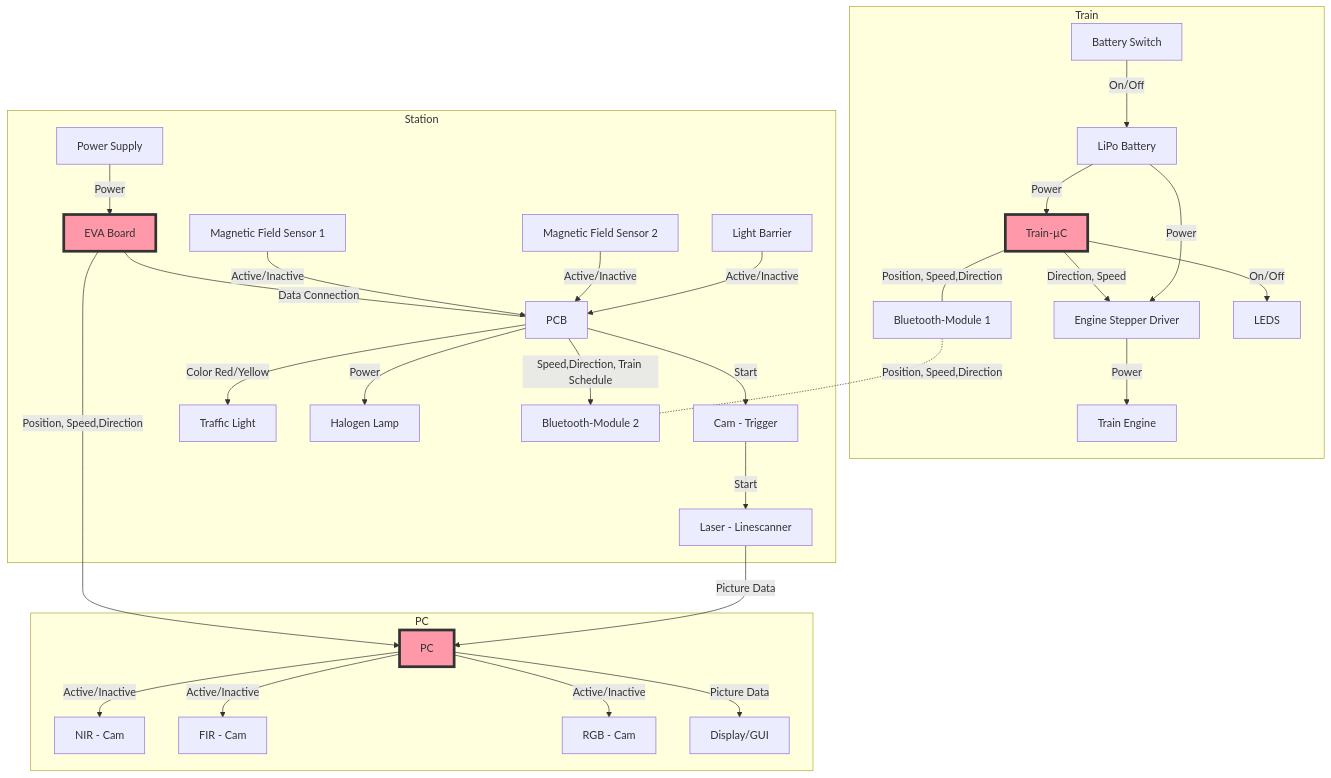
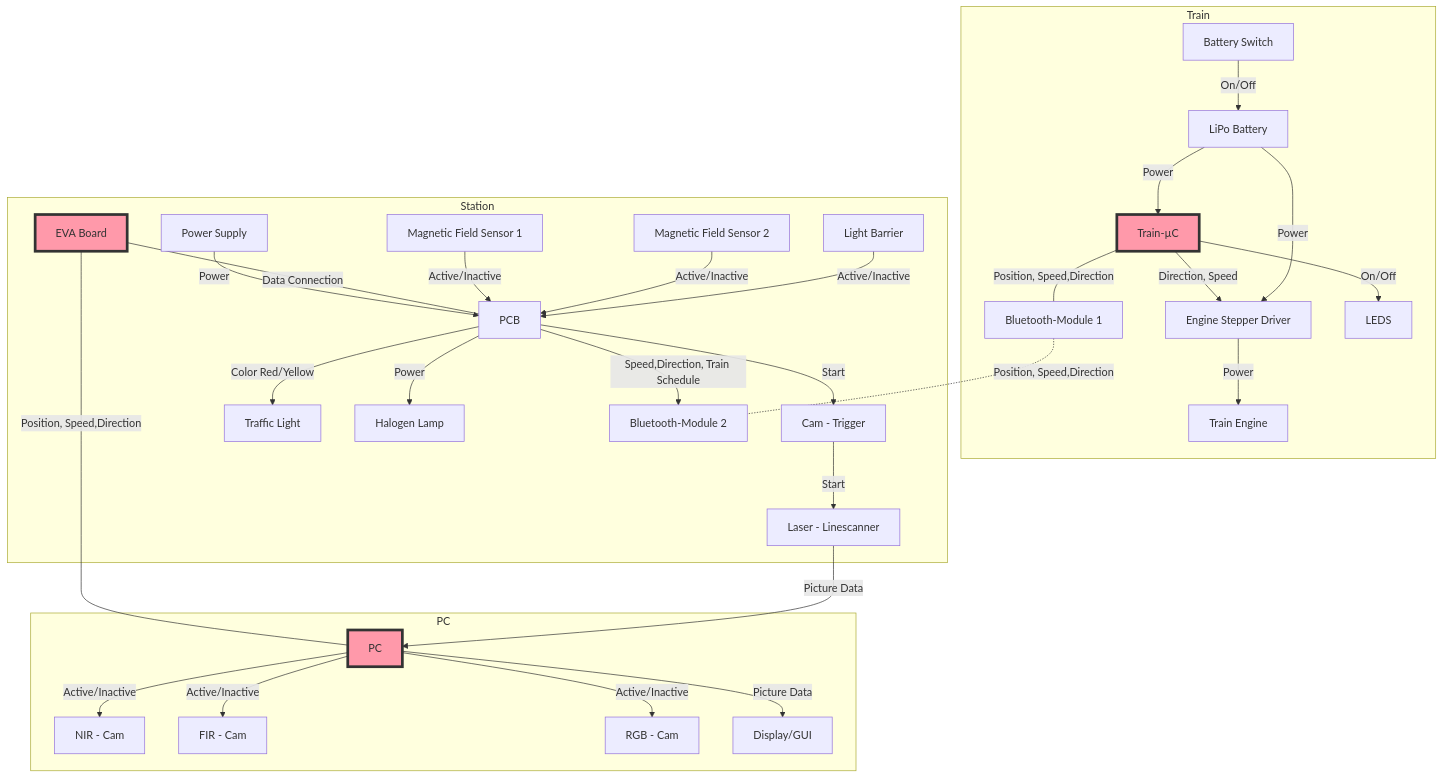
Before and after one commit to ahmadasmandar/test-doc: the diagram in Hardware Documentation/README.md, drawn with Mermaid. The commit also changed other lines of this file and 1 other file, not shown here.

Commit message:
Added some Info regarding Power Supply

````diff
--- a/Hardware Documentation/README.md
+++ b/Hardware Documentation/README.md
@@ -12,42 +12,42 @@
 ```mermaid
 
 graph TB
 
 style A1 fill:#f9a,stroke:#333,stroke-width:4px
 style B2 fill:#f9a,stroke:#333,stroke-width:4px
 style A3 fill:#f9a,stroke:#333,stroke-width:4px
 
 subgraph Train
 A1[Train-µC] -- Direction, Speed --> B1[Engine Stepper Driver]
 B1 -- Power -->C1[Train Engine]
 A1 -- Position, Speed,Direction ---D1[Bluetooth-Module 1]
 E1[LiPo Battery] -- Power -->A1
 E1 -- Power -->B1
 F1[Battery Switch] -- On/Off -->E1
 A1 -- On/Off --> G1[LEDS]
 end
 
 subgraph Station
-A2[Power Supply] -- Power -->B2[EVA Board]
-B2 -- Data Connection ---C2[PCB]
+A2[Power Supply] -- Power -->C2[PCB]
+B2[EVA Board] -- Data Connection ---C2
 C2 -- Start -->D2[Cam - Trigger]
 D2 -- Start -->E2[Laser - Linescanner]
 C2 -- Color Red/Yellow -->F2[Traffic Light]
 G2[Magnetic Field Sensor 1] -- Active/Inactive -->C2
 H2[Magnetic Field Sensor 2] -- Active/Inactive -->C2
 C2 -- Power -->I2[Halogen Lamp]
 J2[Light Barrier] -- Active/Inactive -->C2
 C2 -- Speed,Direction, Train Schedule -->K2[Bluetooth-Module 2]
 end
 
 subgraph PC
 A3[PC] -- Active/Inactive --> B3[NIR - Cam]
 A3 -- Active/Inactive --> C3[FIR - Cam]
 A3 -- Active/Inactive --> D3[RGB - Cam]
 A3 -- Picture Data -->E3[Display/GUI]
 end
-B2 -- Position, Speed,Direction -->A3
+B2 -- Position, Speed,Direction ---A3
 E2 -- Picture Data --> A3
 D1-. Position, Speed,Direction .-K2
 
 ```
````
